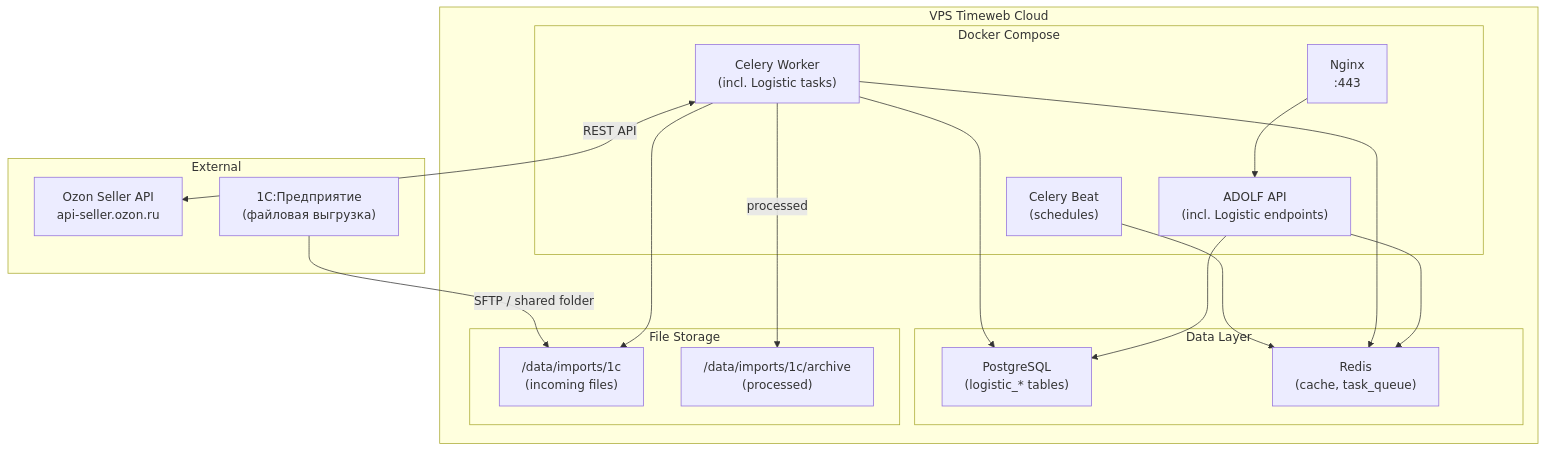
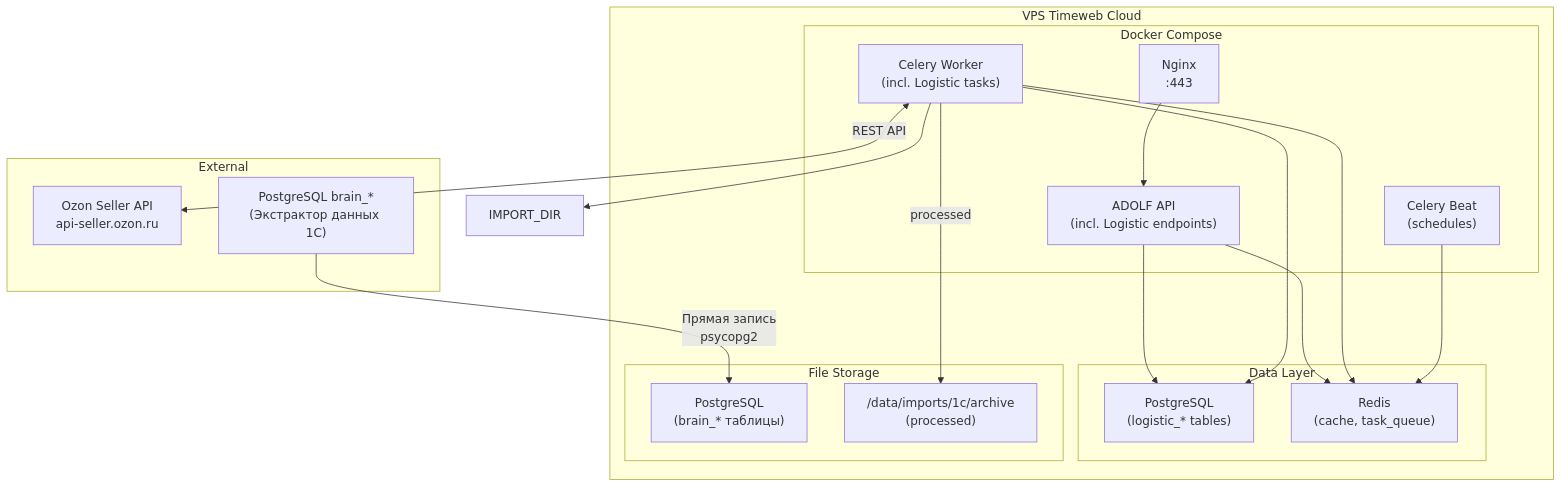
Before and after one commit to Sign25/Docs: diagram 11 of 11 in logistic/adolf_logistic_1_architecture.md, drawn with Mermaid. The commit also changed other lines of this file, not shown here.

Commit message:
Logistic Раздел 1: v2.1 — архитектура с brain_* вместо файлового импорта

````diff
--- a/logistic/adolf_logistic_1_architecture.md
+++ b/logistic/adolf_logistic_1_architecture.md
@@ -753,37 +746,37 @@
 ```mermaid
 graph TB
     subgraph VPS["VPS Timeweb Cloud"]
         subgraph DOCKER["Docker Compose"]
             NGINX["Nginx<br/>:443"]
             API["ADOLF API<br/>(incl. Logistic endpoints)"]
             CELERY_W["Celery Worker<br/>(incl. Logistic tasks)"]
             CELERY_B["Celery Beat<br/>(schedules)"]
         end
         
         subgraph DATA["Data Layer"]
             PG["PostgreSQL<br/>(logistic_* tables)"]
             REDIS["Redis<br/>(cache, task_queue)"]
         end
         
         subgraph FILES["File Storage"]
-            IMPORT_DIR["/data/imports/1c<br/>(incoming files)"]
+            PG_DB["PostgreSQL<br/>(brain_* таблицы)"]
             ARCHIVE_DIR["/data/imports/1c/archive<br/>(processed)"]
         end
     end
     
     subgraph EXTERNAL["External"]
         OZON["Ozon Seller API<br/>api-seller.ozon.ru"]
-        ONE_C["1С:Предприятие<br/>(файловая выгрузка)"]
+        BRAIN["PostgreSQL brain_*<br/>(Экстрактор данных 1С)"]
     end
     
     NGINX --> API
     API --> PG & REDIS
     
     CELERY_W --> PG & REDIS
     CELERY_B --> REDIS
     CELERY_W --> IMPORT_DIR
     CELERY_W -->|processed| ARCHIVE_DIR
     
     CELERY_W <-->|REST API| OZON
-    ONE_C -->|SFTP / shared folder| IMPORT_DIR
+    BRAIN -->|"Прямая запись<br/>psycopg2"| PG_DB
 ```
````
